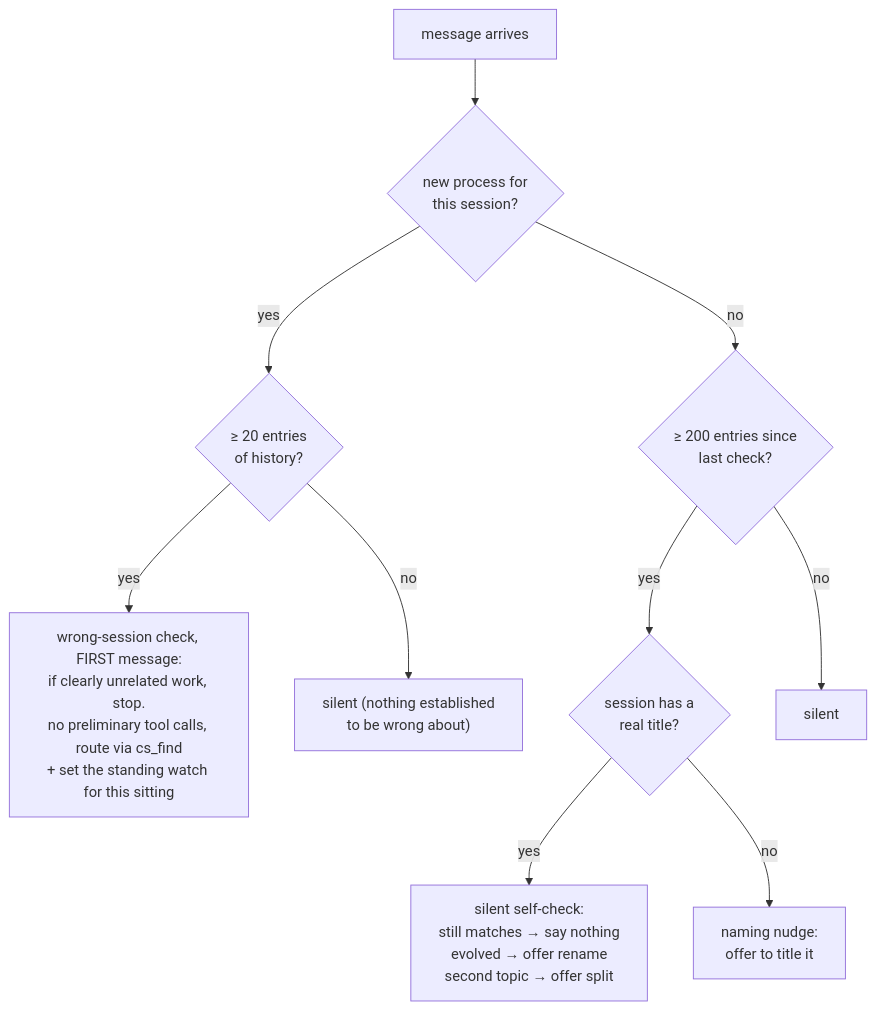
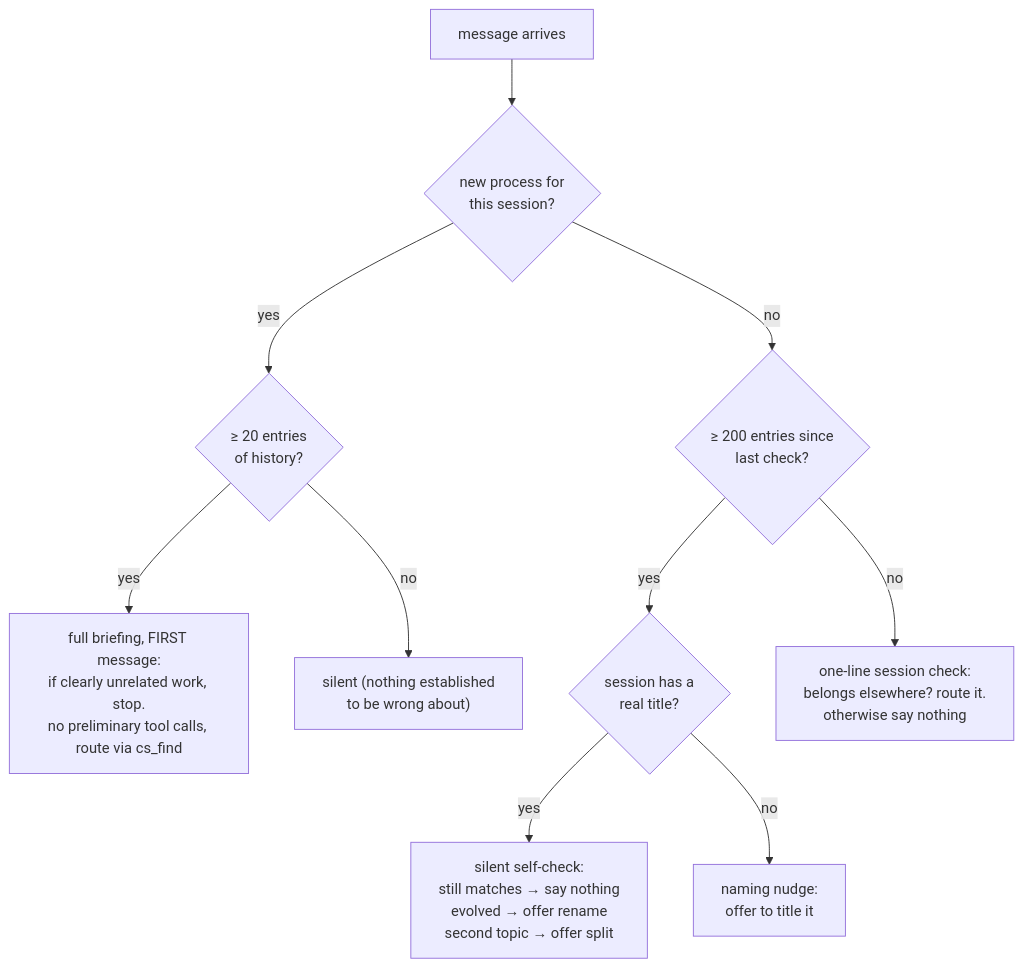
The second of 6 diagrams in docs/FLOWS.md (sabilmakbar/claude-session-kit), drawn with Mermaid before and after one commit. The commit also changed other lines of this file and 5 other files, not shown here.

First line of the commit message:
fix the wrong-session check in both halves it failed in (#20)

````diff
--- a/docs/FLOWS.md
+++ b/docs/FLOWS.md
@@ -34,12 +34,12 @@
 ```mermaid
 flowchart TD
     M["message arrives"] --> P{"new process for<br/>this session?"}
     P -- yes --> H{"≥ 20 entries<br/>of history?"}
-    H -- yes --> W["wrong-session check, FIRST message:<br/>if clearly unrelated work, stop.<br/>no preliminary tool calls, route via cs_find<br/>+ set the standing watch for this sitting"]
+    H -- yes --> W["full briefing, FIRST message:<br/>if clearly unrelated work, stop.<br/>no preliminary tool calls, route via cs_find"]
     H -- no --> Q["silent (nothing established<br/>to be wrong about)"]
     P -- no --> C{"≥ 200 entries since<br/>last check?"}
     C -- yes --> T{"session has a<br/>real title?"}
     T -- yes --> D["silent self-check:<br/>still matches → say nothing<br/>evolved → offer rename<br/>second topic → offer split"]
     T -- no --> U["naming nudge:<br/>offer to title it"]
-    C -- no --> S["silent"]
+    C -- no --> G["one-line session check:<br/>belongs elsewhere? route it.<br/>otherwise say nothing"]
 ```
````
